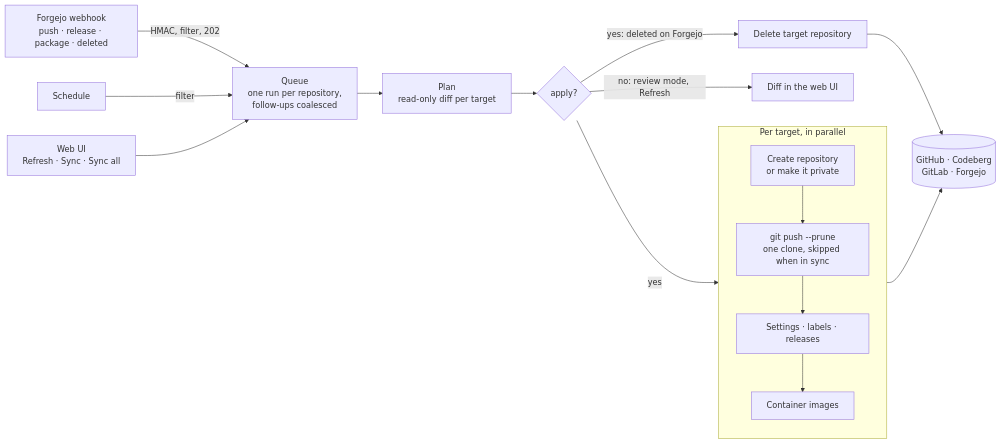
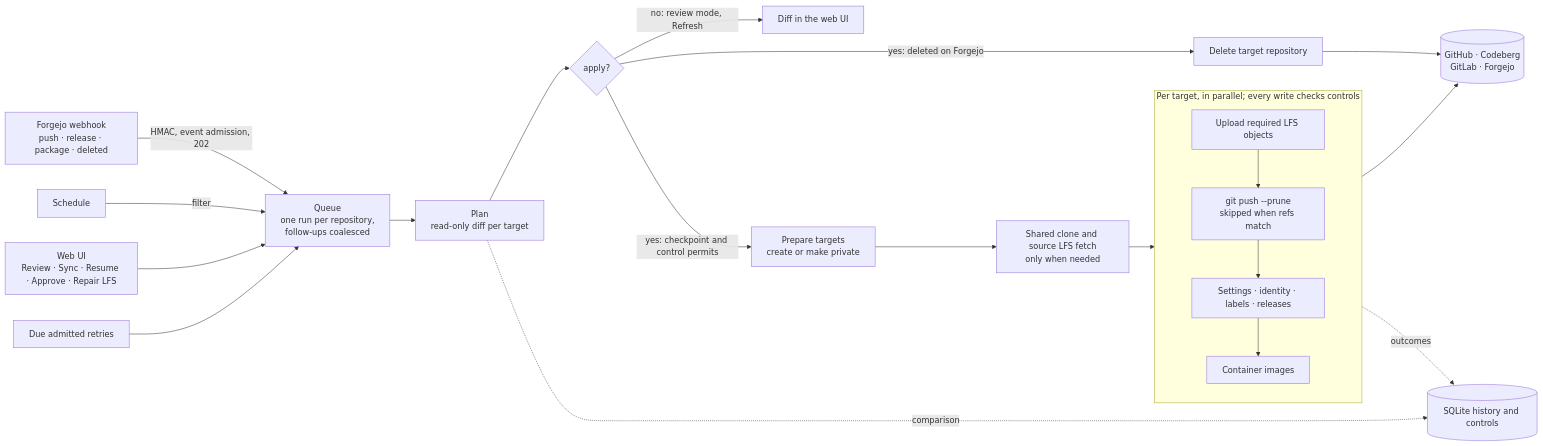
Before and after one commit to bitfoo1/forgemirror: the diagram in docs/content/docs/_index.md, drawn with Mermaid. The commit also changed other lines of this file and 38 other files, not shown here.

````diff
--- a/docs/content/docs/_index.md
+++ b/docs/content/docs/_index.md
@@ -16,19 +22,24 @@
 ```mermaid
 flowchart LR
-    hook["Forgejo webhook<br>push · release · package · deleted"] -->|"HMAC, filter, 202"| queue
+    hook["Forgejo webhook<br>push · release · package · deleted"] -->|"HMAC, event admission, 202"| queue
     sched["Schedule"] -->|filter| queue
-    ui["Web UI<br>Refresh · Sync · Sync all"] --> queue
+    ui["Web UI<br>Review · Sync · Resume · Approve · Repair LFS"] --> queue
+    retry["Due admitted retries"] --> queue
     queue["Queue<br>one run per repository,<br>follow-ups coalesced"] --> plan
     plan["Plan<br>read-only diff per target"] --> apply{"apply?"}
     apply -->|"no: review mode, Refresh"| diff["Diff in the web UI"]
     apply -->|"yes: deleted on Forgejo"| del["Delete target repository"]
-    apply -->|yes| run
-    subgraph run ["Per target, in parallel"]
+    apply -->|"yes: checkpoint and control permits"| create["Prepare targets<br>create or make private"]
+    create --> workspace["Shared clone and source LFS fetch<br>only when needed"]
+    workspace --> run
+    subgraph run ["Per target, in parallel; every write checks controls"]
         direction TB
-        create["Create repository<br>or make it private"] --> push["git push --prune<br>one clone, skipped when in sync"]
-        push --> meta["Settings · labels · releases"]
+        lfs["Upload required LFS objects"] --> push["git push --prune<br>skipped when refs match"]
+        push --> meta["Settings · identity · labels · releases"]
         meta --> pkgs["Container images"]
     end
     run --> targets[("GitHub · Codeberg<br>GitLab · Forgejo")]
     del --> targets
+    plan -. comparison .-> state[("SQLite history and controls")]
+    run -. outcomes .-> state
 ```
````
